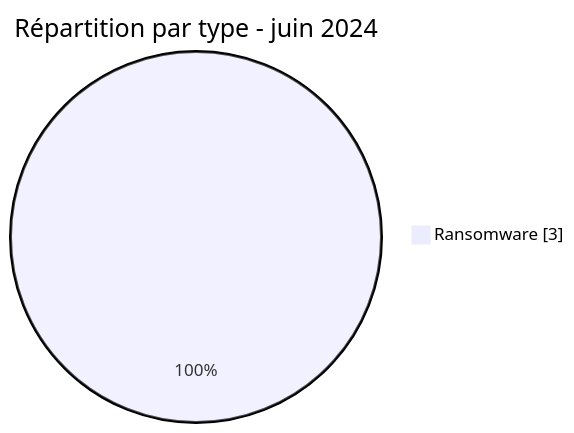
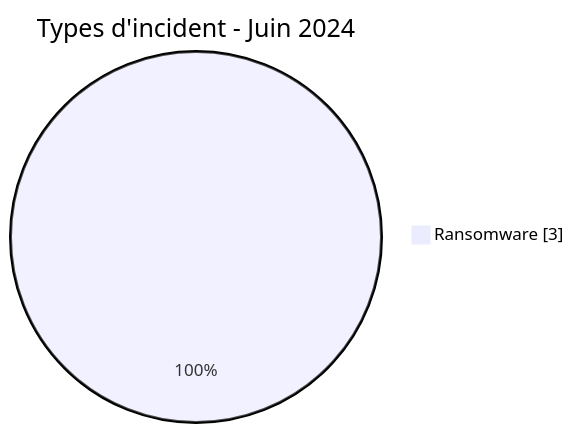
The first of 3 diagrams in CyberAttackAfrica/2024/06-june/README_FR.md (Hatchepsoute/AFRINTEL), drawn with Mermaid before and after one commit. The commit also changed other lines of this file and 60 other files, not shown here.

````diff
--- a/CyberAttackAfrica/2024/06-june/README_FR.md
+++ b/CyberAttackAfrica/2024/06-june/README_FR.md
@@ -48,5 +53,5 @@
 ```mermaid
 pie showData
-    title Répartition par type - juin 2024
+    title Types d'incident - Juin 2024
     "Ransomware" : 3
 ```
````
